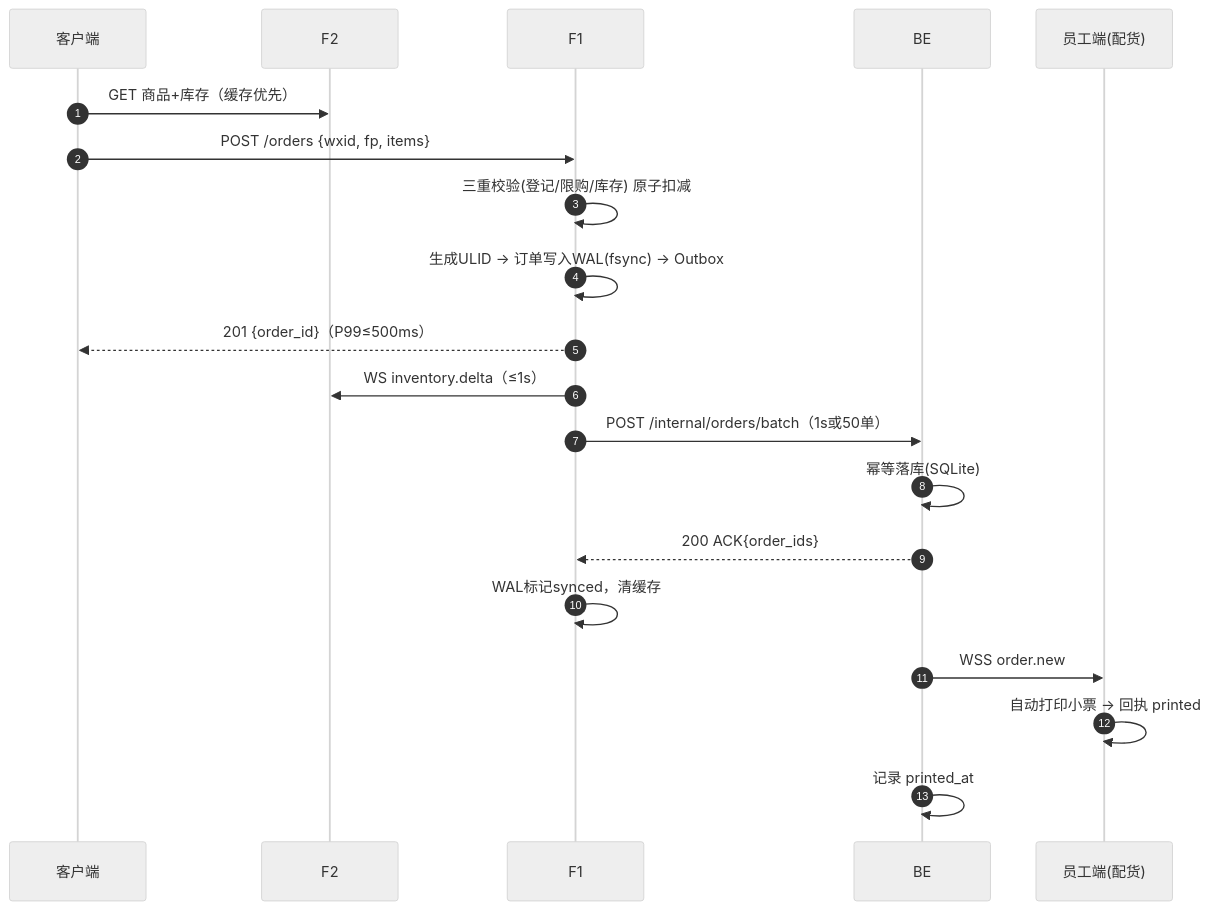
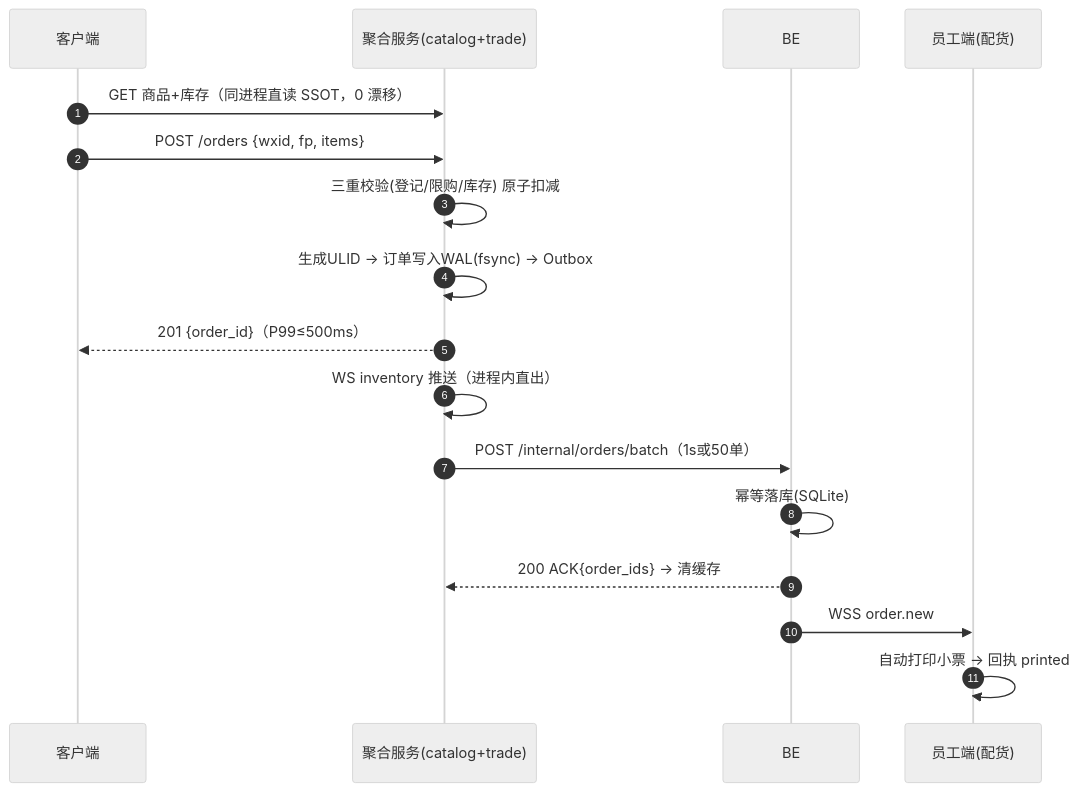
Before and after one commit to Xusysysy/ShanHaiPlan: the second of 5 diagrams in docs/02-系统架构设计.md, drawn with Mermaid (neutral theme). The commit also changed other lines of this file and 17 other files, not shown here.

Commit message:
docs(v1.2): 迁移云上公网部署+CDN分流；F1+F2合并为前端聚合单机（库存同进程直读SSOT零漂移）；SIM已办理；同步架构图/拓扑/甘特、BOM预算(2×ECS)、排期与风险登记册，重出Word/Excel三件套

````diff
--- a/docs/02-系统架构设计.md
+++ b/docs/02-系统架构设计.md
@@ -94,23 +103,20 @@
 ```mermaid
 sequenceDiagram
     autonumber
     participant C as 客户端
-    participant F2 as F2
-    participant F1 as F1
+    participant E as 聚合服务(catalog+trade)
     participant BE as BE
     participant S as 员工端(配货)
 
-    C->>F2: GET 商品+库存（缓存优先）
-    C->>F1: POST /orders {wxid, fp, items}
-    F1->>F1: 三重校验(登记/限购/库存) 原子扣减
-    F1->>F1: 生成ULID → 订单写入WAL(fsync) → Outbox
-    F1-->>C: 201 {order_id}（P99≤500ms）
-    F1->>F2: WS inventory.delta（≤1s）
-    F1->>BE: POST /internal/orders/batch（1s或50单）
+    C->>E: GET 商品+库存（同进程直读 SSOT，0 漂移）
+    C->>E: POST /orders {wxid, fp, items}
+    E->>E: 三重校验(登记/限购/库存) 原子扣减
+    E->>E: 生成ULID → 订单写入WAL(fsync) → Outbox
+    E-->>C: 201 {order_id}（P99≤500ms）
+    E->>E: WS inventory 推送（进程内直出）
+    E->>BE: POST /internal/orders/batch（1s或50单）
     BE->>BE: 幂等落库(SQLite)
-    BE-->>F1: 200 ACK{order_ids}
-    F1->>F1: WAL标记synced，清缓存
+    BE-->>E: 200 ACK{order_ids} → 清缓存
     BE->>S: WSS order.new
     S->>S: 自动打印小票 → 回执 printed
-    BE->>BE: 记录 printed_at
 ```
````
